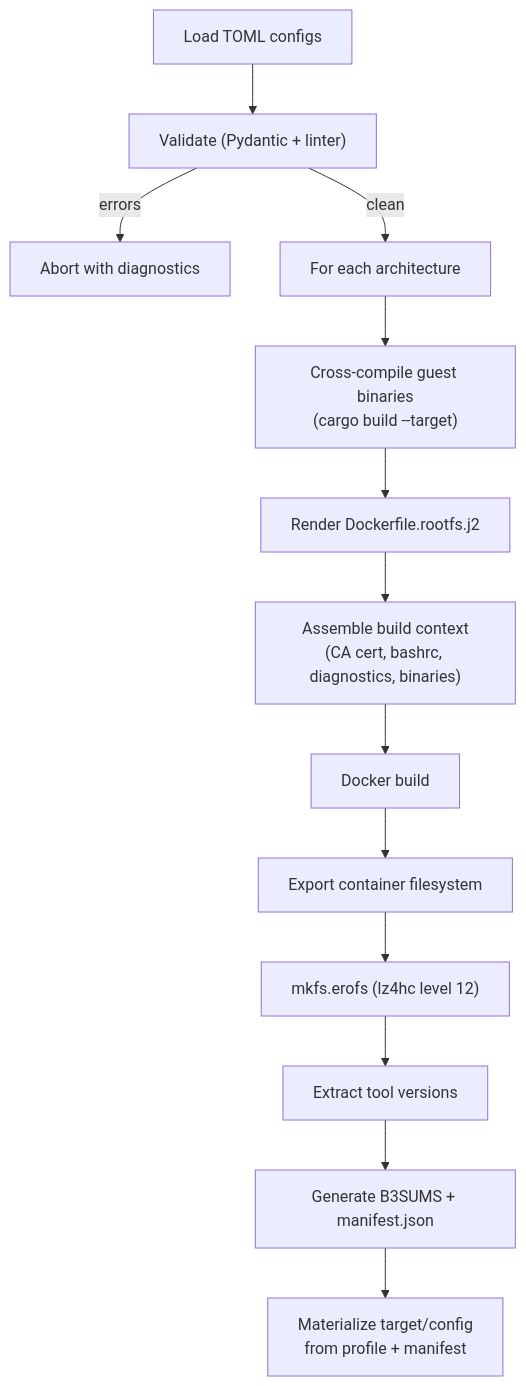
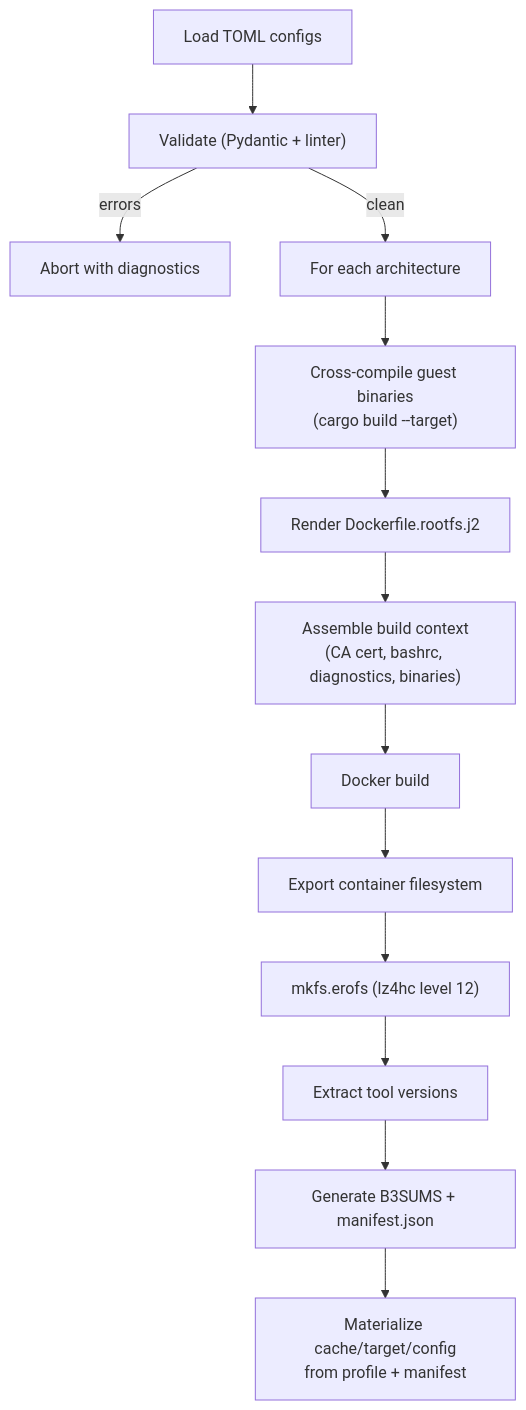
One commit to google/capsem changed the second of 5 diagrams in web/docs/src/content/docs/architecture/build-system.md. Above: the diagram before and after it, drawn with Mermaid. The commit also changed other lines of this file and 261 other files, not shown here.

````diff
--- a/web/docs/src/content/docs/architecture/build-system.md
+++ b/web/docs/src/content/docs/architecture/build-system.md
@@ -220,15 +220,15 @@
 ```mermaid
 flowchart TD
   Load["Load TOML configs"] --> Validate["Validate (Pydantic + linter)"]
   Validate -->|errors| Abort["Abort with diagnostics"]
   Validate -->|clean| Arches["For each architecture"]
   Arches --> Cross["Cross-compile guest binaries\n(cargo build --target)"]
   Cross --> Render["Render Dockerfile.rootfs.j2"]
   Render --> Context["Assemble build context\n(CA cert, bashrc, diagnostics, binaries)"]
   Context --> Build["Docker build"]
   Build --> Export["Export container filesystem"]
   Export --> Erofs["mkfs.erofs (lz4hc level 12)"]
   Erofs --> Versions["Extract tool versions"]
   Versions --> Checksums["Generate B3SUMS + manifest.json"]
-  Checksums --> Materialize["Materialize target/config\nfrom profile + manifest"]
+  Checksums --> Materialize["Materialize cache/target/config\nfrom profile + manifest"]
 ```
````
